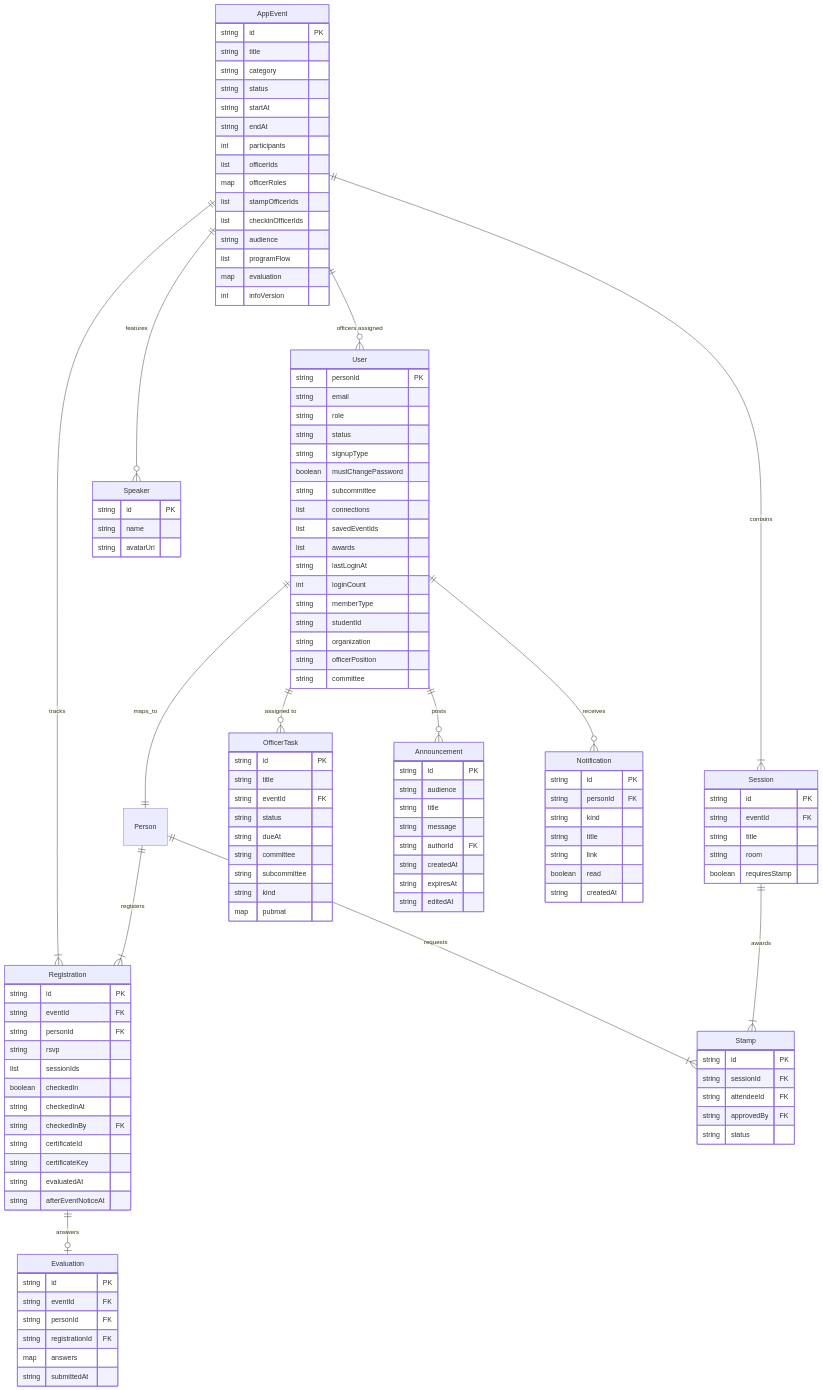
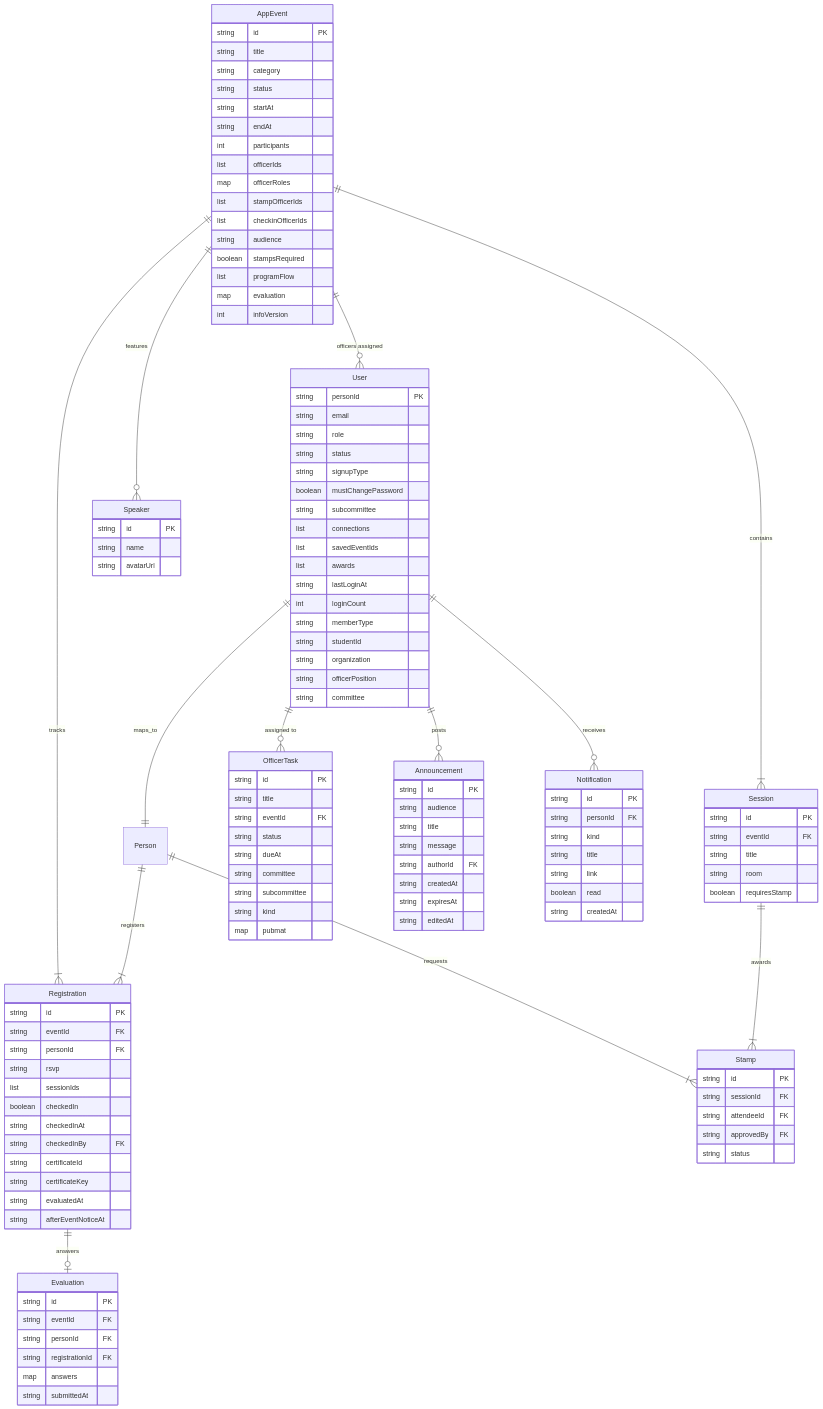
The third of 3 diagrams in ARCHITECTURE.md (mochatakahashi/aws-event-tracker-app), drawn with Mermaid before and after one commit. The commit also changed other lines of this file and 20 other files, not shown here.

```diff
--- a/ARCHITECTURE.md
+++ b/ARCHITECTURE.md
@@ -262,6 +264,7 @@
         list stampOfficerIds
         list checkinOfficerIds
         string audience
+        boolean stampsRequired
         list programFlow
         map evaluation
         int infoVersion
```
